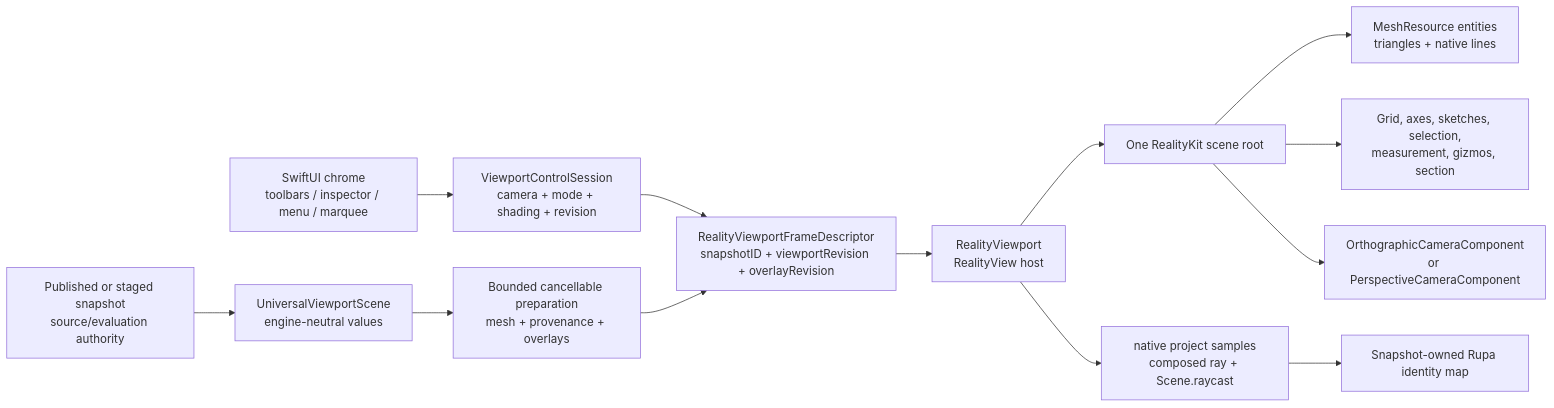
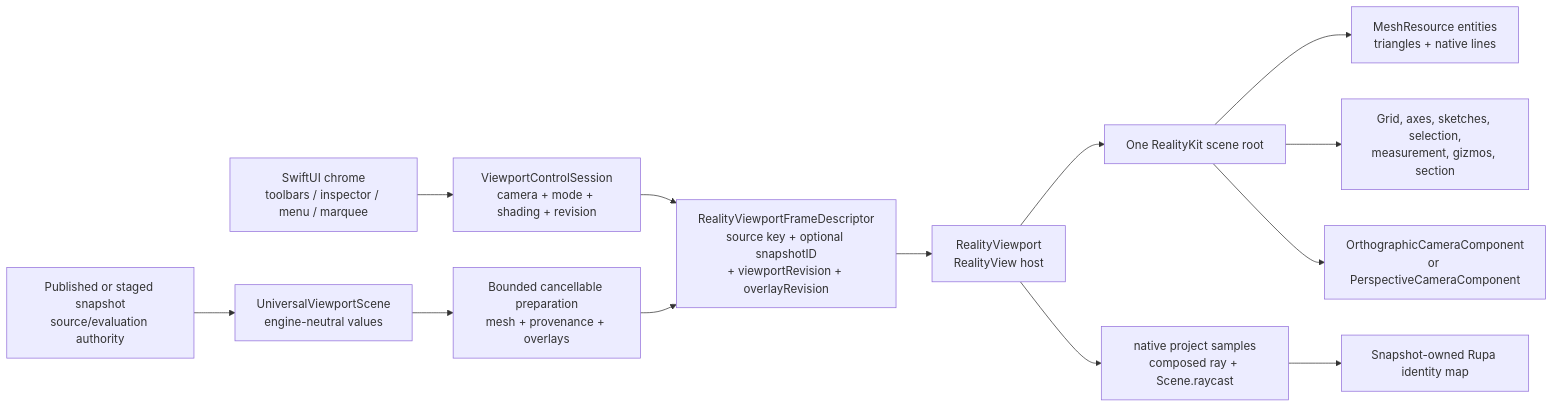
The diagram in RupaKit/Sources/RupaRendering/DESIGN.md (1amageek/Rupa), drawn with Mermaid before and after one commit. The commit also changed other lines of this file and 65 other files, not shown here.

Commit message:
feat: render spatial viewport overlays with RealityKit

````diff
--- a/RupaKit/Sources/RupaRendering/DESIGN.md
+++ b/RupaKit/Sources/RupaRendering/DESIGN.md
@@ -62,15 +62,15 @@
 ```mermaid
 flowchart LR
     Snapshot["Published or staged snapshot\nsource/evaluation authority"] --> Scene["UniversalViewportScene\nengine-neutral values"]
     Scene --> Prepare["Bounded cancellable preparation\nmesh + provenance + overlays"]
-    Session["ViewportControlSession\ncamera + mode + shading + revision"] --> Frame["RealityViewportFrameDescriptor\nsnapshotID + viewportRevision + overlayRevision"]
+    Session["ViewportControlSession\ncamera + mode + shading + revision"] --> Frame["RealityViewportFrameDescriptor\nsource key + optional snapshotID\n+ viewportRevision + overlayRevision"]
     Prepare --> Frame
     Frame --> Host["RealityViewport\nRealityView host"]
     Host --> Root["One RealityKit scene root"]
     Root --> Surface["MeshResource entities\ntriangles + native lines"]
     Root --> Spatial["Grid, axes, sketches, selection,\nmeasurement, gizmos, section"]
     Root --> Camera["OrthographicCameraComponent\nor PerspectiveCameraComponent"]
     Host --> Queries["native project samples\ncomposed ray + Scene.raycast"]
     Queries --> Provenance["Snapshot-owned Rupa identity map"]
     UI["SwiftUI chrome\ntoolbars / inspector / menu / marquee"] --> Session
 ```
````
